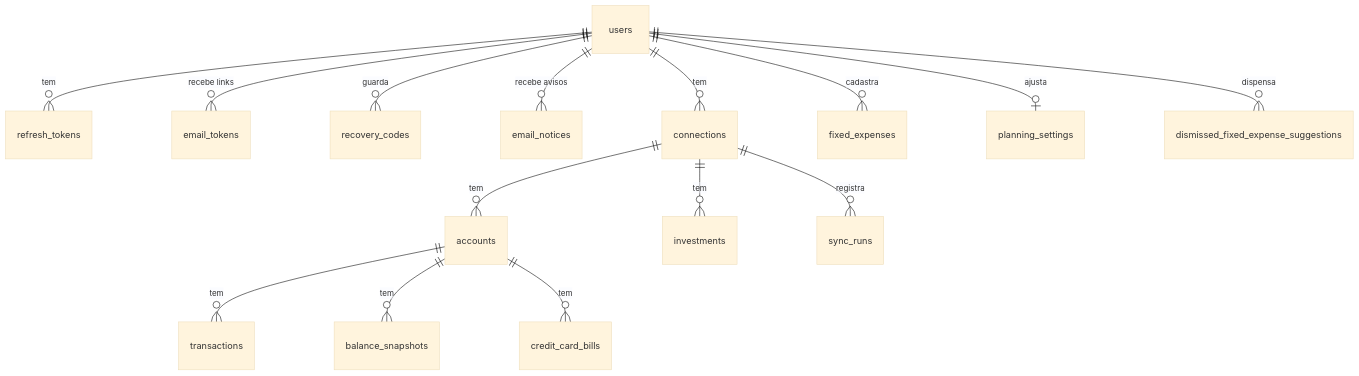
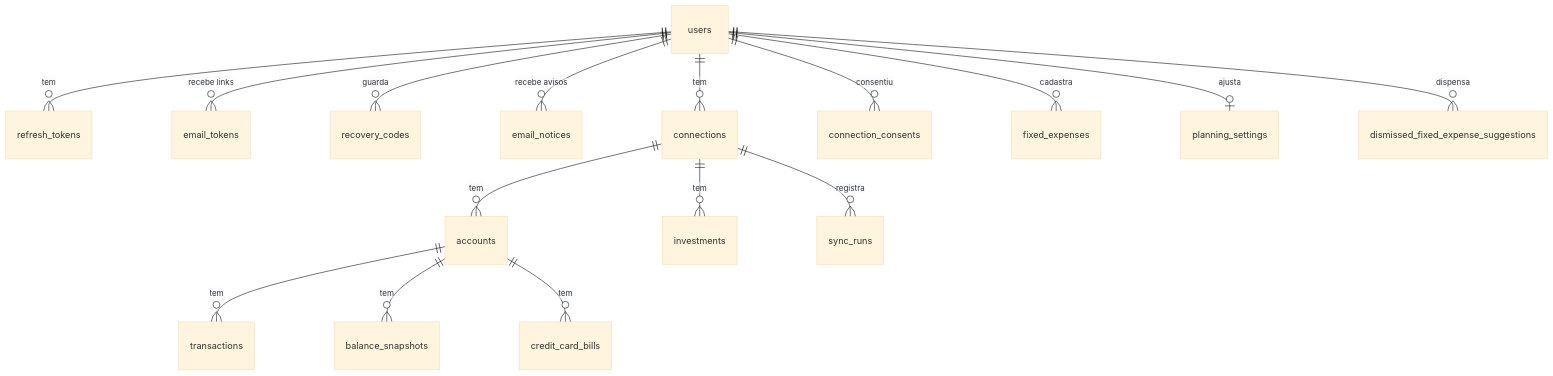
The diagram in Docs/Arquitetura/Modelo de Dados.md (rafaeldossanto/Wallet), drawn with Mermaid (base theme) before and after one commit. The commit also changed other lines of this file and 4 other files, not shown here.

````diff
--- a/Docs/Arquitetura/Modelo de Dados.md
+++ b/Docs/Arquitetura/Modelo de Dados.md
@@ -11,17 +11,18 @@
 ```mermaid
 erDiagram
     users ||--o{ refresh_tokens : "tem"
     users ||--o{ email_tokens : "recebe links"
     users ||--o{ recovery_codes : "guarda"
     users ||--o{ email_notices : "recebe avisos"
     users ||--o{ connections : "tem"
+    users ||--o{ connection_consents : "consentiu"
     users ||--o{ fixed_expenses : "cadastra"
     users ||--o| planning_settings : "ajusta"
     users ||--o{ dismissed_fixed_expense_suggestions : "dispensa"
     connections ||--o{ accounts : "tem"
     connections ||--o{ investments : "tem"
     connections ||--o{ sync_runs : "registra"
     accounts ||--o{ transactions : "tem"
     accounts ||--o{ balance_snapshots : "tem"
     accounts ||--o{ credit_card_bills : "tem"
 ```
````
